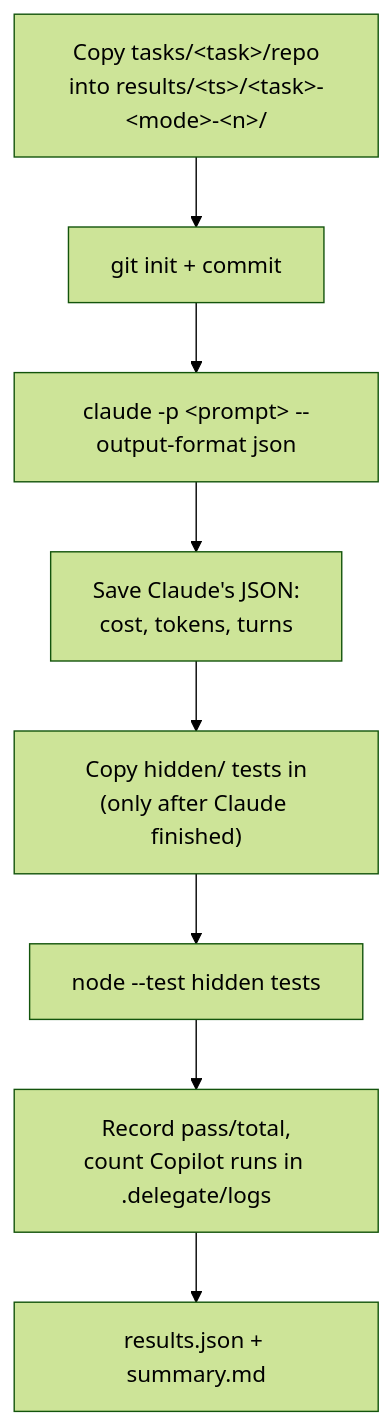
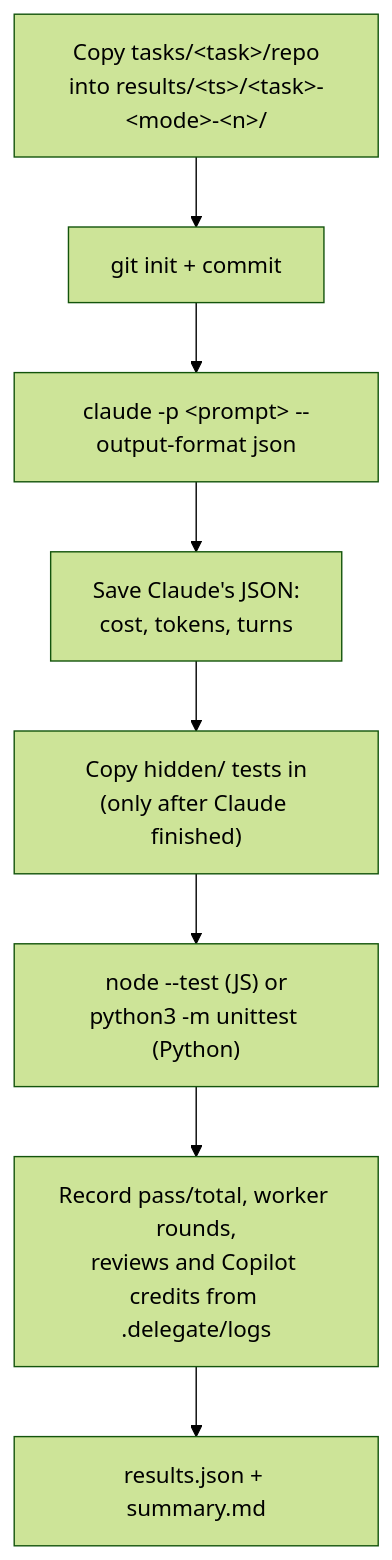
Before and after one commit to gaztrabisme/claude-subagent-delegation: the first of 2 diagrams in docs/benchmark.md, drawn with Mermaid (forest theme). The commit also changed other lines of this file and 12 other files, not shown here.

````diff
--- a/docs/benchmark.md
+++ b/docs/benchmark.md
@@ -15,10 +18,10 @@
 ```mermaid
 flowchart TD
     A["Copy tasks/&lt;task&gt;/repo<br/>into results/&lt;ts&gt;/&lt;task&gt;-&lt;mode&gt;-&lt;n&gt;/"] --> B["git init + commit"]
     B --> C["claude -p &lt;prompt&gt; --output-format json"]
     C --> D["Save Claude's JSON:<br/>cost, tokens, turns"]
     D --> E["Copy hidden/ tests in<br/>(only after Claude finished)"]
-    E --> F["node --test hidden tests"]
-    F --> G["Record pass/total,<br/>count Copilot runs in .delegate/logs"]
+    E --> F["node --test (JS) or<br/>python3 -m unittest (Python)"]
+    F --> G["Record pass/total, worker rounds,<br/>reviews and Copilot credits from .delegate/logs"]
     G --> H["results.json + summary.md"]
 ```
````
